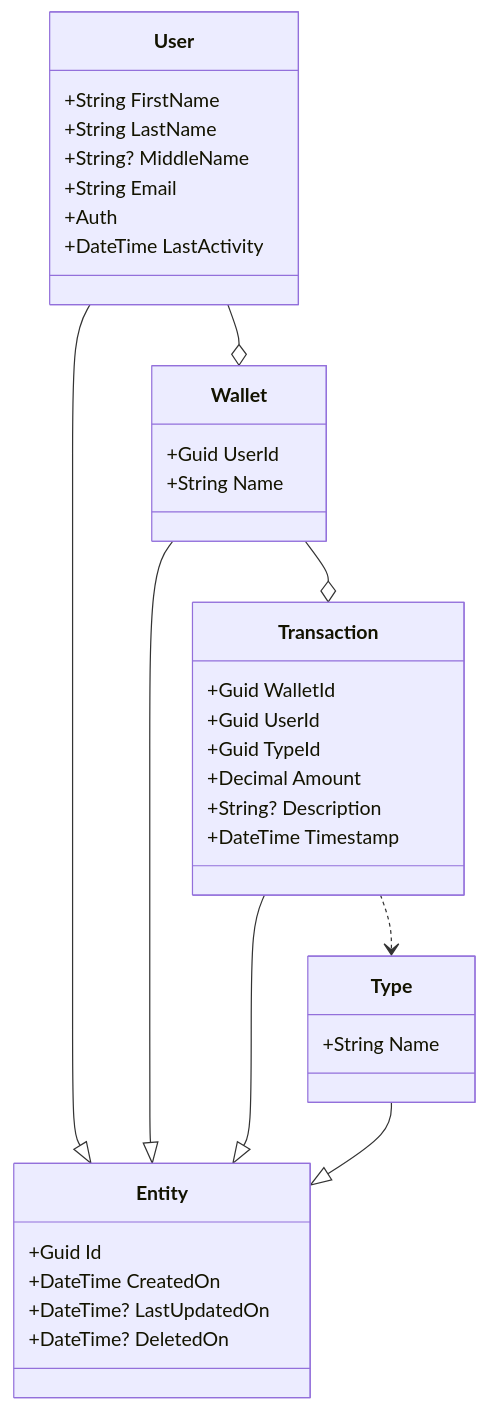
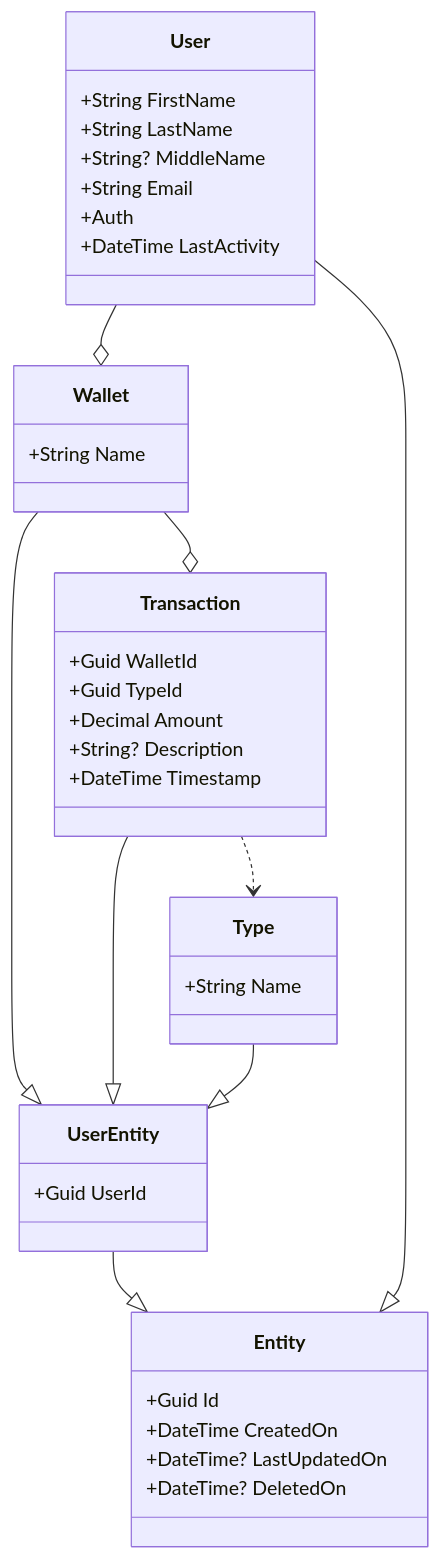
The diagram in docs/DbSchema.md (EnsyFane/MoneyHelp), drawn with Mermaid before and after one commit. The commit also changed 31 other files, not shown here.

Commit message:
Add transaction and type services

````diff
--- a/docs/DbSchema.md
+++ b/docs/DbSchema.md
@@ -1,48 +1,52 @@
 ```mermaid
 classDiagram
 
 class Entity {
     +Guid Id
     +DateTime CreatedOn
     +DateTime? LastUpdatedOn
     +DateTime? DeletedOn
+}
+
+UserEntity --|> Entity
+
+class UserEntity {
+    +Guid UserId
 }
 
 User --|> Entity
 
 class User {
     +String FirstName
     +String LastName
     +String? MiddleName
     +String Email
     +Auth
     +DateTime LastActivity
 }
 
 User --o Wallet
-Wallet --|> Entity
+Wallet --|> UserEntity
 
 class Wallet {
-    +Guid UserId
     +String Name
 }
 
 Wallet --o Transaction
-Transaction --|> Entity
+Transaction --|> UserEntity
 
 class Transaction {
     +Guid WalletId
-    +Guid UserId
     +Guid TypeId
     +Decimal Amount
     +String? Description
     +DateTime Timestamp
 }
 
 Transaction ..> Type
-Type --|> Entity
+Type --|> UserEntity
 
 class Type {
     +String Name
 }
 ```
````
